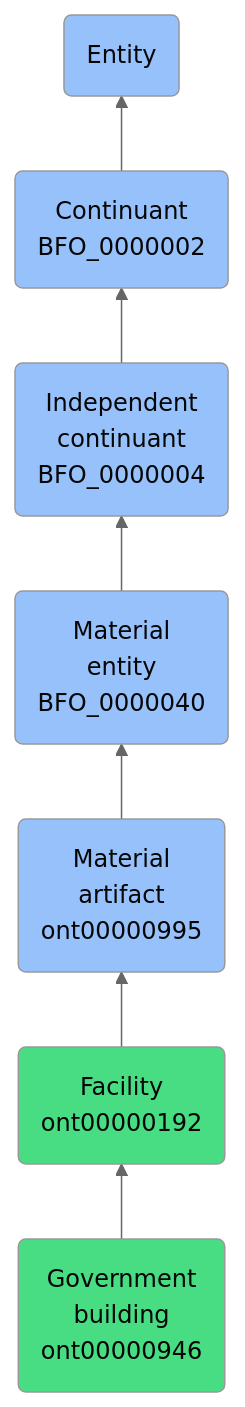
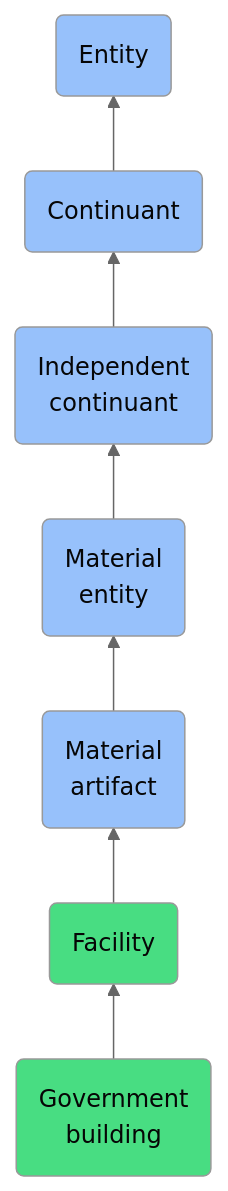
Before and after one commit to jupyter-naas/abi: the diagram in docs/ontology/reference/model/Entity/Continuant/Independent continuant/Material entity/Material artifact/Facility/Government building/Government building.md, drawn with Mermaid (neutral theme). The commit also changed other lines of this file and 1430 other files, not shown here.

````diff
--- a/docs/ontology/reference/model/Entity/Continuant/Independent continuant/Material entity/Material artifact/Facility/Government building/Government building.md
+++ b/docs/ontology/reference/model/Entity/Continuant/Independent continuant/Material entity/Material artifact/Facility/Government building/Government building.md
@@ -24,14 +24,14 @@
 ```mermaid
 graph BT
-    ont00000946(Government<br>building<br>ont00000946):::ABI-->ont00000192
-    ont00000192(Facility<br>ont00000192):::ABI-->ont00000995
-    ont00000995(Material<br>artifact<br>ont00000995):::BFO-->BFO_0000040
-    BFO_0000040(Material<br>entity<br>BFO_0000040):::BFO-->BFO_0000004
-    BFO_0000004(Independent<br>continuant<br>BFO_0000004):::BFO-->BFO_0000002
-    BFO_0000002(Continuant<br>BFO_0000002):::BFO-->BFO_0000001
+    ont00000946(Government<br>building):::ABI-->ont00000192
+    ont00000192(Facility):::ABI-->ont00000995
+    ont00000995(Material<br>artifact):::BFO-->BFO_0000040
+    BFO_0000040(Material<br>entity):::BFO-->BFO_0000004
+    BFO_0000004(Independent<br>continuant):::BFO-->BFO_0000002
+    BFO_0000002(Continuant):::BFO-->BFO_0000001
     BFO_0000001(Entity):::BFO
     
     classDef BFO fill:#97c1fb,color:#060606
     classDef CCO fill:#e4c51e,color:#060606
     classDef ABI fill:#48DD82,color:#060606
 ```
````
